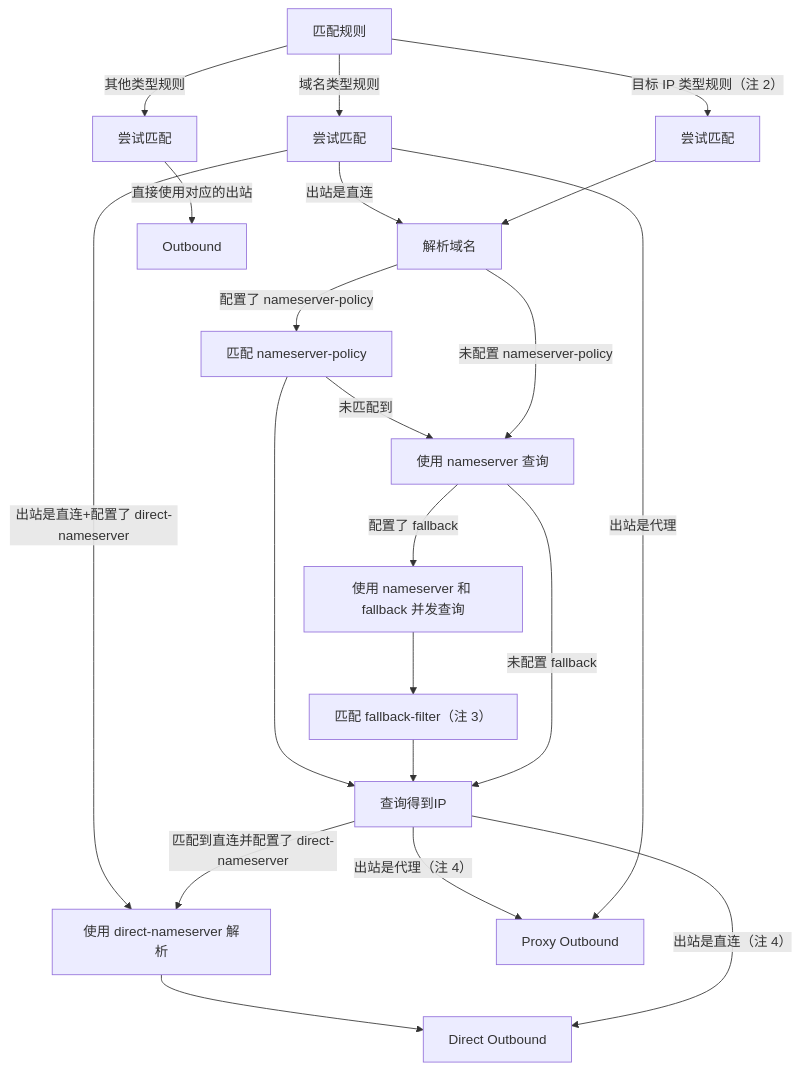
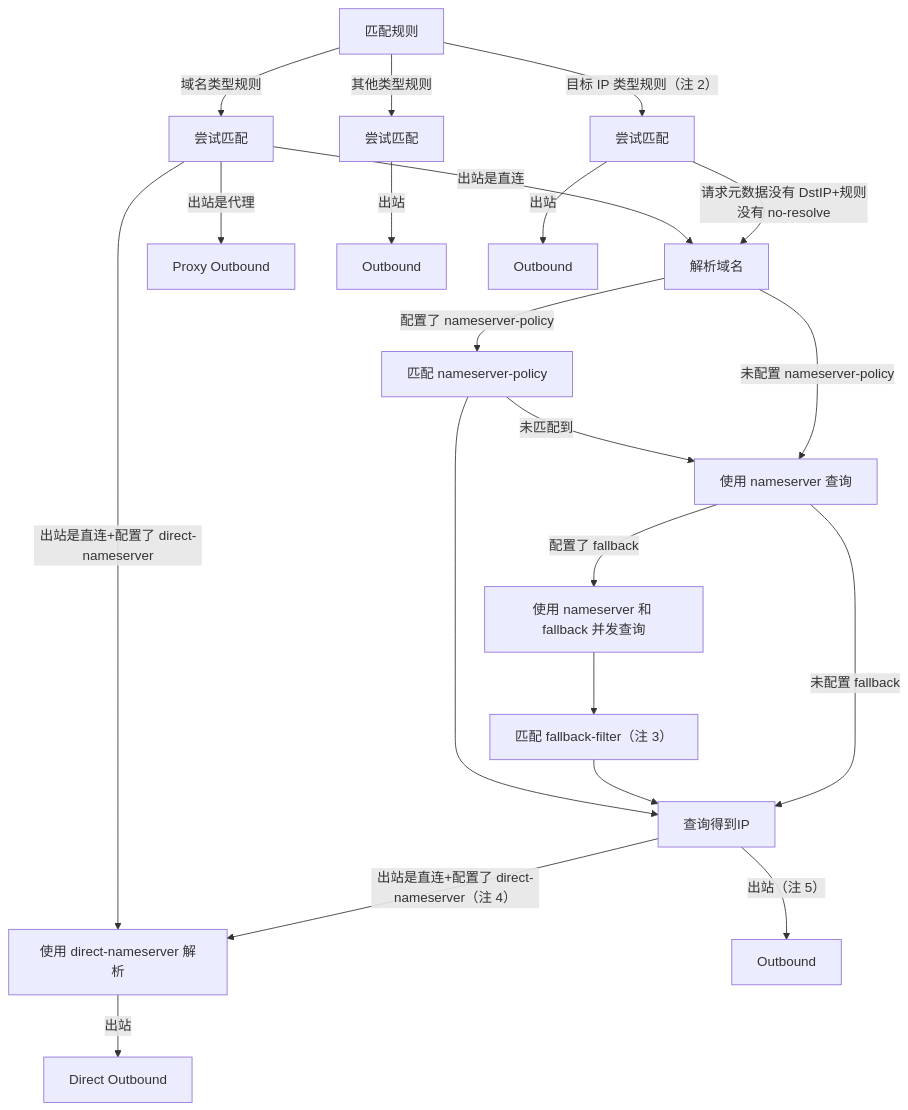
Before and after one commit to skrik2/skrik2.github.io: the first of 2 diagrams in 2026/07/1-mihomo-mental-model.md, drawn with Mermaid. The commit also changed other lines of this file, not shown here.

Commit message:
update mihomo mental model

````diff
--- a/2026/07/1-mihomo-mental-model.md
+++ b/2026/07/1-mihomo-mental-model.md
@@ -27,48 +27,49 @@
 ```mermaid
 flowchart TD
   Rule[匹配规则]
   Domain[尝试匹配]
   IP[尝试匹配]
   OtherType[尝试匹配]
   Resolve[解析域名]
 
   NameServer[使用 nameserver 查询]
   Policy[匹配 nameserver-policy]
   Concurrent[使用 nameserver 和 fallback 并发查询]
   fallback-filter[匹配 fallback-filter（注 3）]
-  DirectNS[使用 direct-nameserver 解析]
+  direct-nameserver[使用 direct-nameserver 解析]
 
   GetIP[查询得到IP]
 
   Proxy[Proxy Outbound]
   Direct[Direct Outbound]
   Outbound[Outbound]
+  Outbound2[Outbound]
+  Outbound3[Outbound]
 
   Rule -- 域名类型规则 --> Domain
   Rule -- 目标 IP 类型规则（注 2） --> IP
   Rule -- 其他类型规则 --> OtherType
 
   Domain -- 出站是直连 --> Resolve
-  Domain -- 出站是直连+配置了 direct-nameserver --> DirectNS
+  Domain -- 出站是直连+配置了 direct-nameserver --> direct-nameserver
 
-  IP --> Resolve
-  OtherType -- 直接使用对应的出站 --> Outbound
+  IP -- 请求元数据没有 DstIP+规则没有 no-resolve --> Resolve
+  IP -- 出站 --> Outbound2
+  OtherType -- 出站 --> Outbound
 
   Resolve -- 配置了 nameserver-policy --> Policy
   Policy -- 未匹配到 --> NameServer
   Policy --> GetIP
   Resolve -- 未配置 nameserver-policy --> NameServer
 
   NameServer -- 配置了 fallback --> Concurrent
   Concurrent --> fallback-filter
   fallback-filter --> GetIP
   NameServer -- 未配置 fallback --> GetIP
 
-  GetIP -- 匹配到直连并配置了 direct-nameserver --> DirectNS
-  DirectNS --> Direct
+  GetIP -- 出站是直连+配置了 direct-nameserver（注 4） --> direct-nameserver
+  direct-nameserver --出站--> Direct
 
-  GetIP -- 出站是代理（注 4） --> Proxy
+  GetIP -- 出站（注 5） --> Outbound3
   Domain -- 出站是代理 --> Proxy
-
-  GetIP -- 出站是直连（注 4）--> Direct
 ```
````
